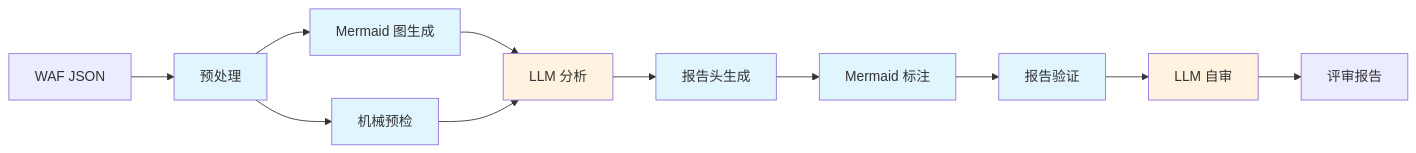
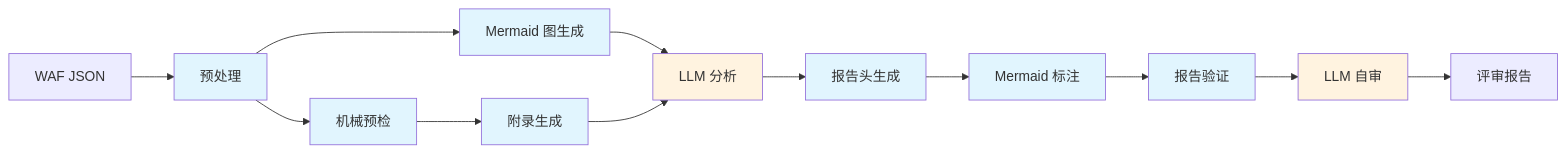
The diagram in README.md (chenghit/aws-waf-rules-reviewer), drawn with Mermaid before and after one commit. The commit also changed other lines of this file and 1 other file, not shown here.

Commit message:
docs: fix install description, update pre-check count, add appendix to workflow diagram, fix context size

````diff
--- a/README.md
+++ b/README.md
@@ -9,22 +9,24 @@
 ```mermaid
 flowchart LR
     A["WAF JSON"] --> B["预处理"]
     B --> C["Mermaid 图生成"]
     B --> D["机械预检"]
+    D --> D2["附录生成"]
     C --> E["LLM 分析"]
-    D --> E
+    D2 --> E
     E --> E2["报告头生成"]
     E2 --> F["Mermaid 标注"]
     F --> G["报告验证"]
     G --> H["LLM 自审"]
     H --> I["评审报告"]
 
     style B fill:#e1f5fe
     style C fill:#e1f5fe
     style D fill:#e1f5fe
+    style D2 fill:#e1f5fe
     style E2 fill:#e1f5fe
     style F fill:#e1f5fe
     style G fill:#e1f5fe
     style E fill:#fff3e0
     style H fill:#fff3e0
 ```
````
